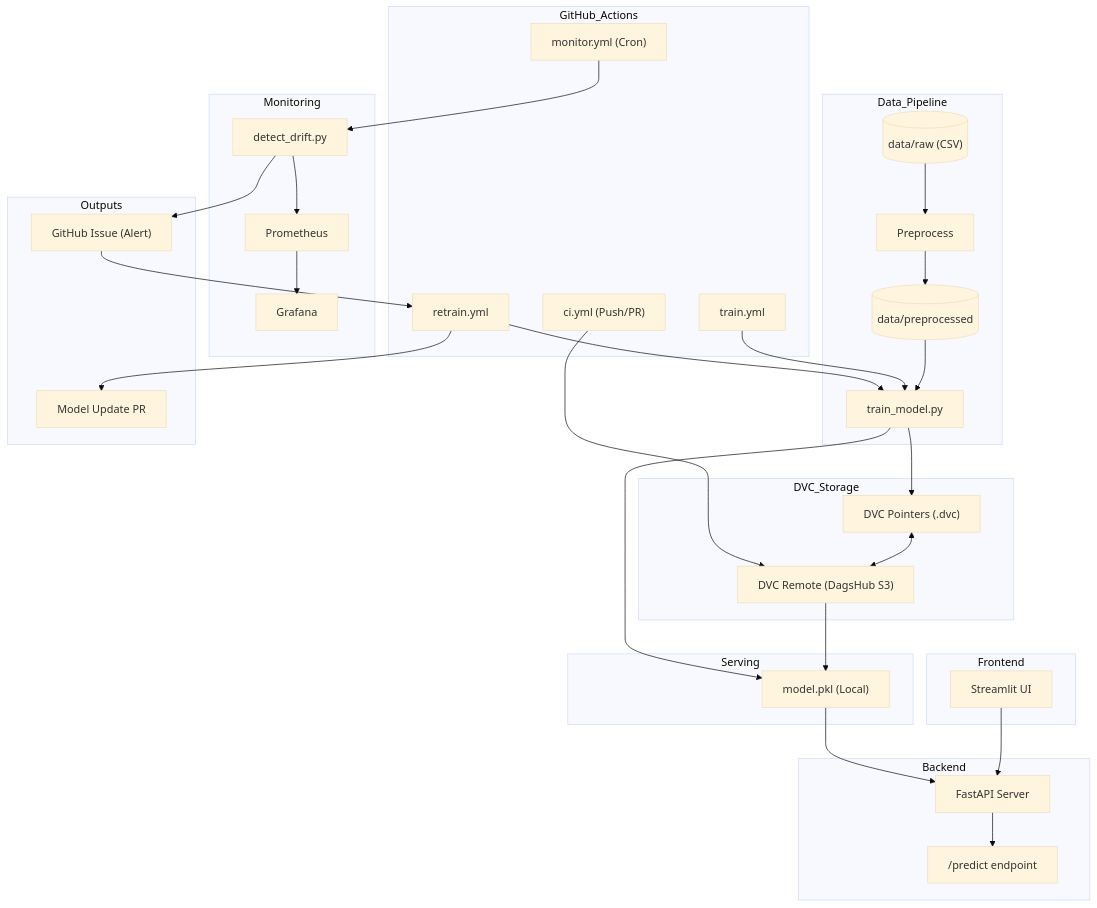
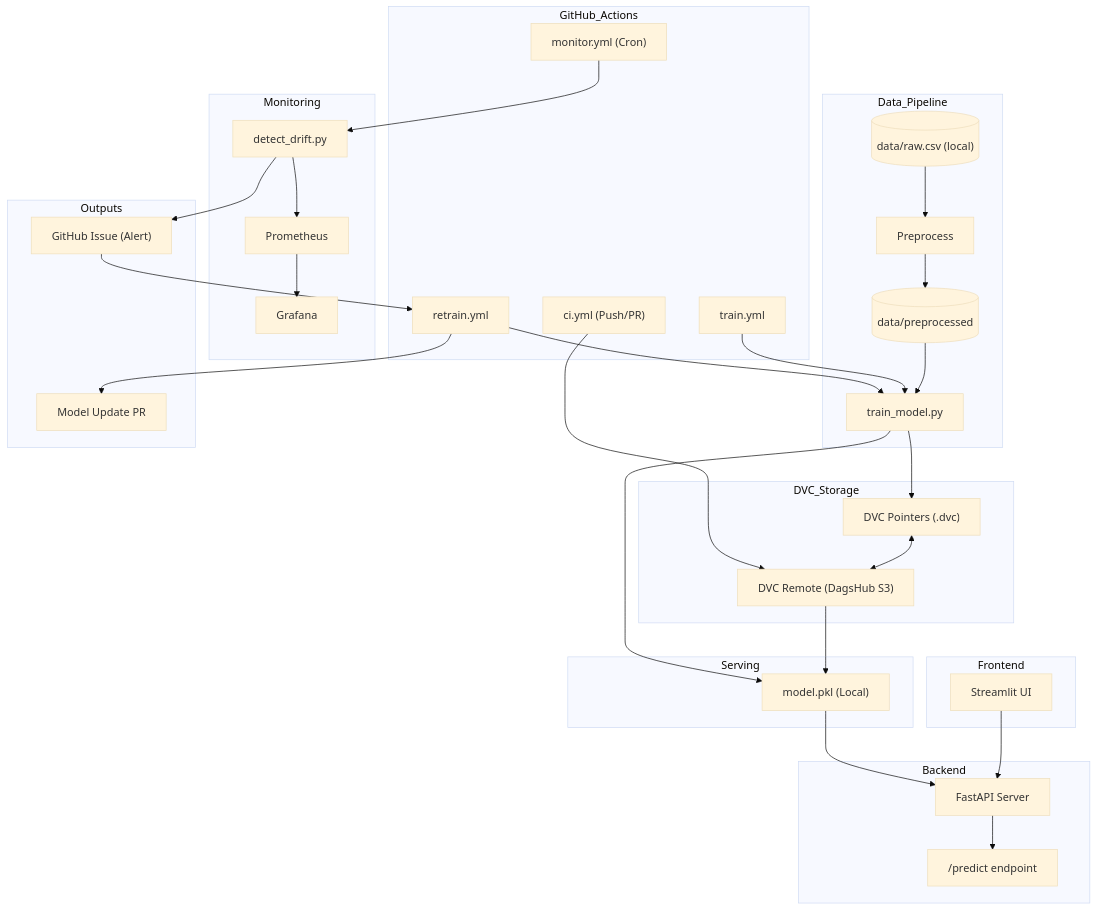
The first of 2 diagrams in README.md (ltathu-183/DSEB65A-Group04-customer-churn-predictor), drawn with Mermaid (base theme) before and after one commit. The commit also changed other lines of this file, not shown here.

```diff
--- a/README.md
+++ b/README.md
@@ -135,7 +135,7 @@
 %% DATA PIPELINE
 %% =======================
 subgraph Data_Pipeline
-    RAW[("data/raw (CSV)")]
+    RAW[("data/raw.csv (local)")]
     PRE[Preprocess]
     PROC[("data/preprocessed")]
     TRAIN_SCRIPT[train_model.py]
```
